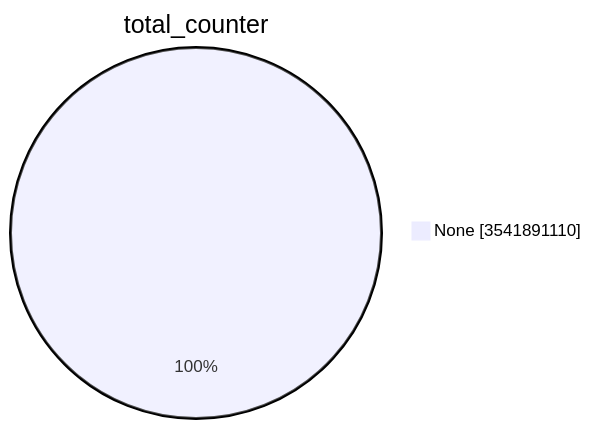
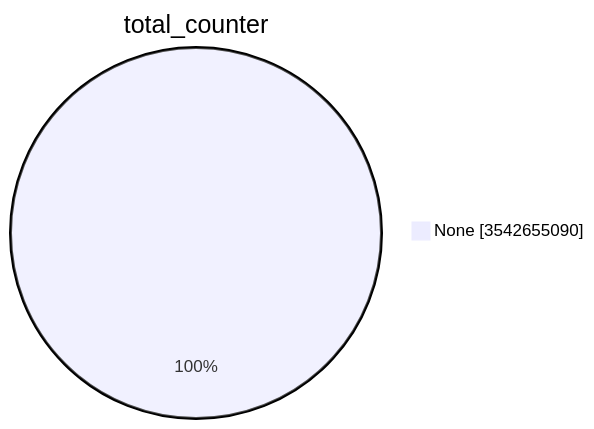
The first of 15 diagrams in TOTAL/README.md (christiankrug/ctmonitor_visualization), drawn with Mermaid before and after one commit. The commit also changed other lines of this file, not shown here.

````diff
--- a/TOTAL/README.md
+++ b/TOTAL/README.md
@@ -1,5 +1,5 @@
 ```mermaid
 pie showData
 title total_counter
-"None" :3541891110
+"None" :3542655090
 ```
````
